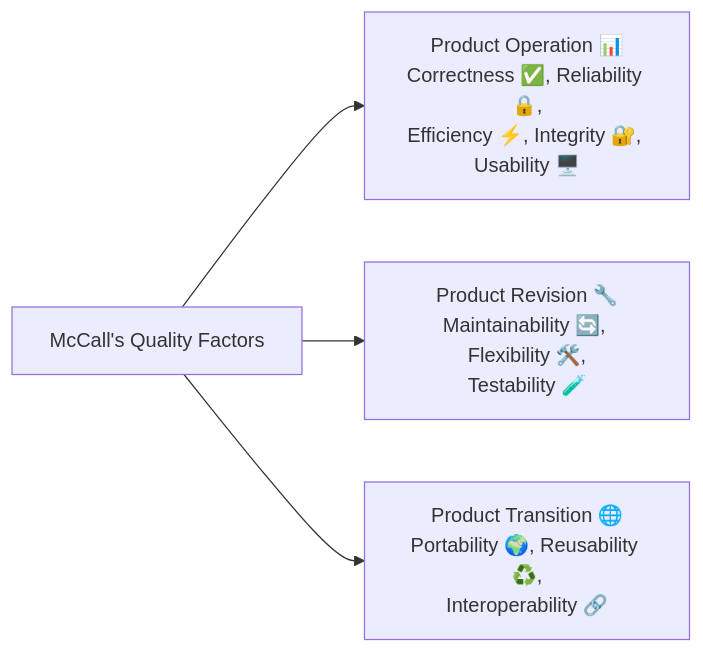
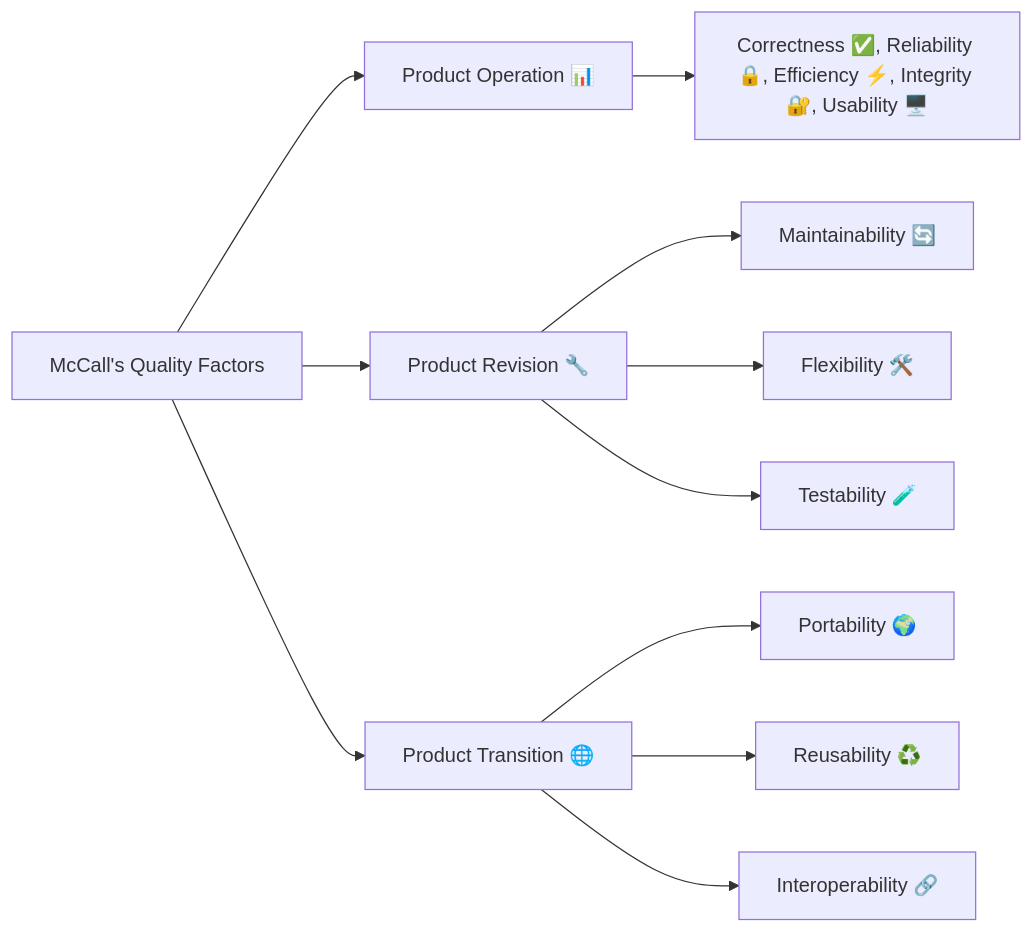
Before and after one commit to msdbok/sqrbok: the diagram in _definition/3. Quality models.md, drawn with Mermaid.

````diff
--- a/_definition/3. Quality models.md
+++ b/_definition/3. Quality models.md
@@ -31,7 +31,17 @@
 ```mermaid
 flowchart LR
   A[McCall's Quality Factors]
-  A --> B[Product Operation 📊\nCorrectness ✅, Reliability 🔒,\nEfficiency ⚡, Integrity 🔐, Usability 🖥️]
-  A --> C[Product Revision 🔧\nMaintainability 🔄, Flexibility 🛠️,\nTestability 🧪]
-  A --> D[Product Transition 🌐\nPortability 🌍, Reusability ♻️,\nInteroperability 🔗]
+  A --> B[Product Operation 📊]
+  A --> C[Product Revision 🔧]
+  A --> D[Product Transition 🌐]
+
+  B --> B1[Correctness ✅, Reliability 🔒, Efficiency ⚡, Integrity 🔐, Usability 🖥️]
+
+  C --> C1[Maintainability 🔄]
+  C --> C2[Flexibility 🛠️]
+  C --> C3[Testability 🧪]
+
+  D --> D1[Portability 🌍]
+  D --> D2[Reusability ♻️]
+  D --> D3[Interoperability 🔗]
 ```
````
